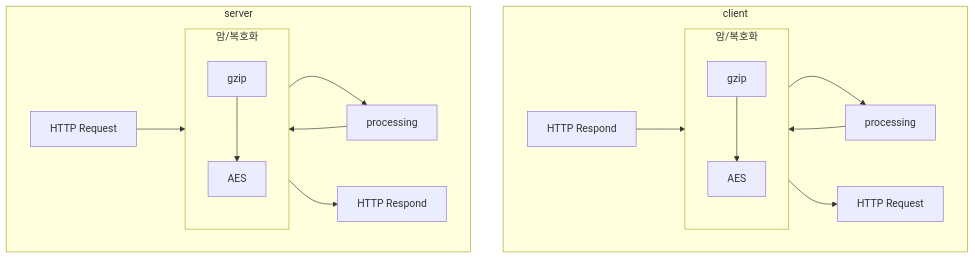
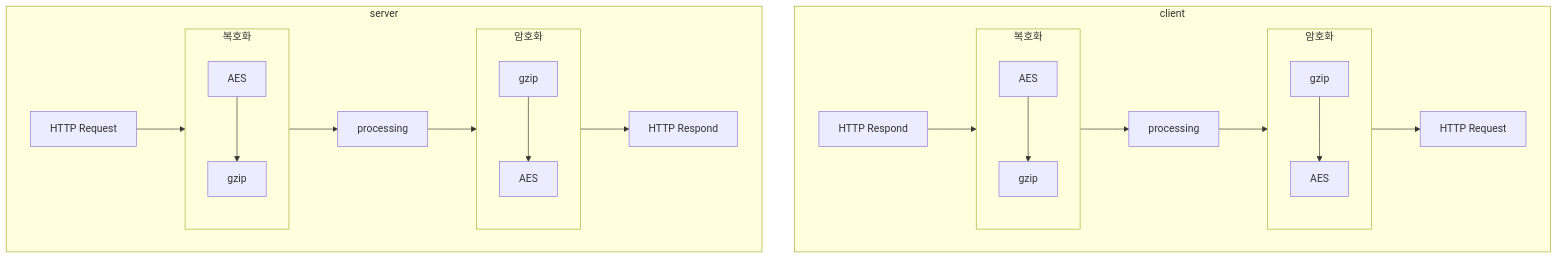
Before and after one commit to fluffy-melli/MoliDB: the first of 2 diagrams in architecture.md, drawn with Mermaid. The commit also changed other lines of this file, not shown here.

````diff
--- a/architecture.md
+++ b/architecture.md
@@ -13,17 +13,24 @@
 ```mermaid
 graph TD
-    subgraph c_crypto[암/복호화]
+    subgraph c_crypto[암호화]
         BGZIP[gzip] --> BAES[AES]
     end
-    subgraph s_crypto[암/복호화]
+    subgraph cb_crypto[복호화]
+        CBAES[AES] --> CBGZIP[gzip]
+    end
+    subgraph s_crypto[암호화]
         AGZIP[gzip] --> AAES[AES]
     end
+    subgraph sb_crypto[복호화]
+        CAAES[AES] --> CAGZIP[gzip]
+    end
+
     subgraph client
-        Respond0[HTTP Respond] --> c_crypto --> G0[processing]
+        Respond0[HTTP Respond] --> cb_crypto --> G0[processing]
         G0 --> c_crypto --> Request0[HTTP Request]
     end
     subgraph server
-        Request1[HTTP Request] --> s_crypto --> G1[processing]
+        Request1[HTTP Request] --> sb_crypto --> G1[processing]
         G1 --> s_crypto --> Respond1[HTTP Respond]
     end
 ```
````
